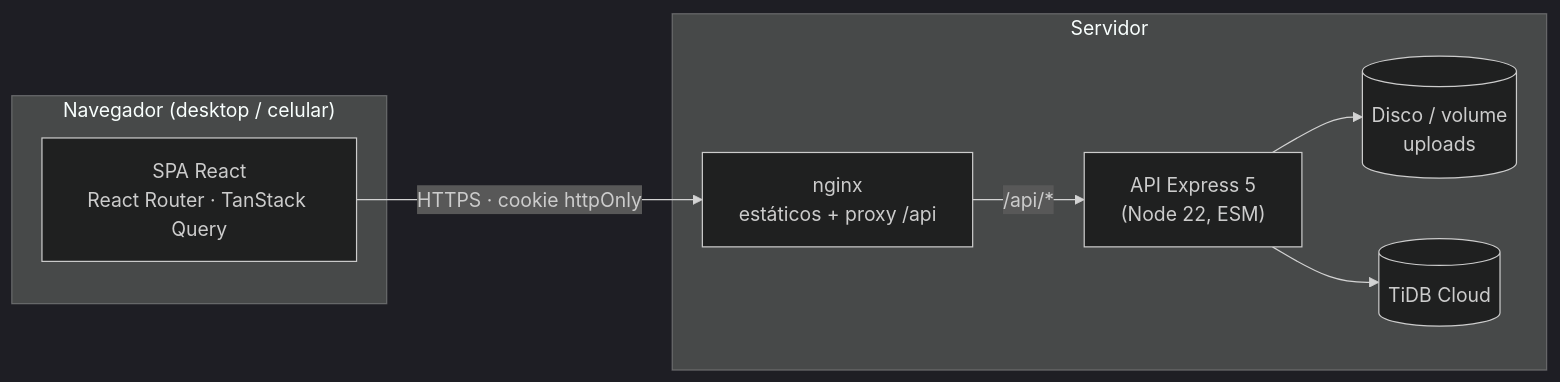
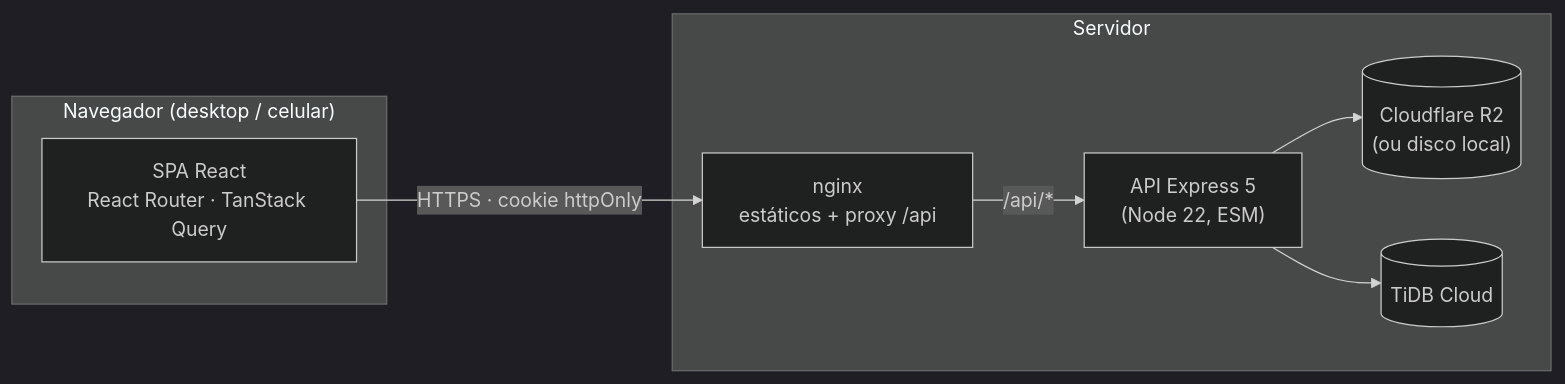
One commit to Sampai0-Thiago/taverna changed the first of 4 diagrams in docs/ARQUITETURA.md. Above: the diagram before and after it, drawn with Mermaid (dark theme). The commit also changed other lines of this file and 15 other files, not shown here.

First line of the commit message:
feat: deploy Vercel + Render com uploads no Cloudflare R2 e e-mail via Brevo

````diff
--- a/docs/ARQUITETURA.md
+++ b/docs/ARQUITETURA.md
@@ -5,16 +5,16 @@
 ```mermaid
 flowchart LR
   subgraph Cliente["Navegador (desktop / celular)"]
     SPA["SPA React<br/>React Router · TanStack Query"]
   end
   subgraph Servidor
     NGINX["nginx<br/>estáticos + proxy /api"]
     API["API Express 5<br/>(Node 22, ESM)"]
-    FS[("Disco / volume<br/>uploads")]
+    FS[("Cloudflare R2<br/>(ou disco local)")]
     DB[("TiDB Cloud")]
   end
   SPA -- "HTTPS · cookie httpOnly" --> NGINX
   NGINX -- "/api/*" --> API
   API --> DB
   API --> FS
 ```
````
